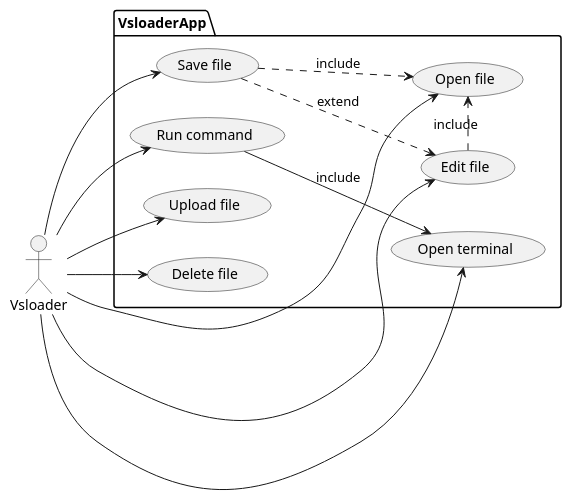
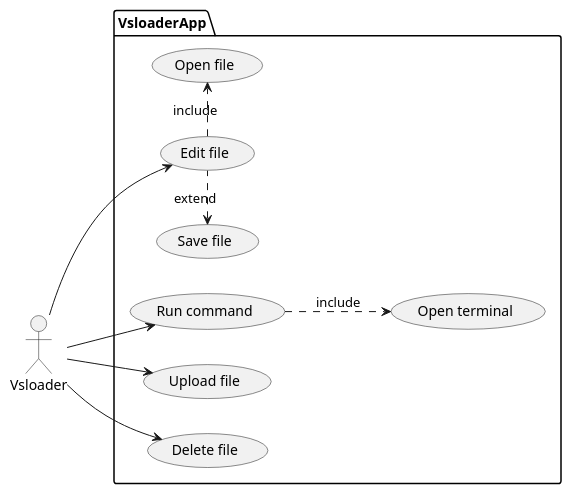
One commit to StevenSermeus/vsloader changed the diagram in rapport/diagramms/use_case.plantuml. Above: the diagram before and after it, drawn with PlantUML. The commit also changed 15 other files, not shown here.

```diff
--- a/rapport/diagramms/use_case.plantuml
+++ b/rapport/diagramms/use_case.plantuml
@@ -1,34 +1,30 @@
 @startuml "Vsbuilder use case diagram"
 
 left to right direction
 
 actor Vsloader as Vsloader
-
 
 package VsloaderApp {
 
 (Open file) as (openfile)
 (Save file) as (savefile)
 (Open terminal) as (openterminal)
 (Run command) as (runcommand)
 (Edit file) as (editfile)
 (Upload file) as (uploadfile)
 (Delete file) as (deletefile)
 
+runcommand ..> openterminal : include
+editfile .right.> openfile : include
+savefile <.right. editfile : extend
 
 
-runcommand --> openterminal : include
-savefile .> openfile : include
-editfile .> openfile : include
-savefile .down.> editfile : extend
 
-Vsloader --> (openfile)
-Vsloader --> (savefile)
-Vsloader --> (openterminal)
 Vsloader --> (runcommand)
 Vsloader --> (editfile)
 Vsloader --> (uploadfile)
 Vsloader --> (deletefile)
+
 }
 
 @enduml
```
